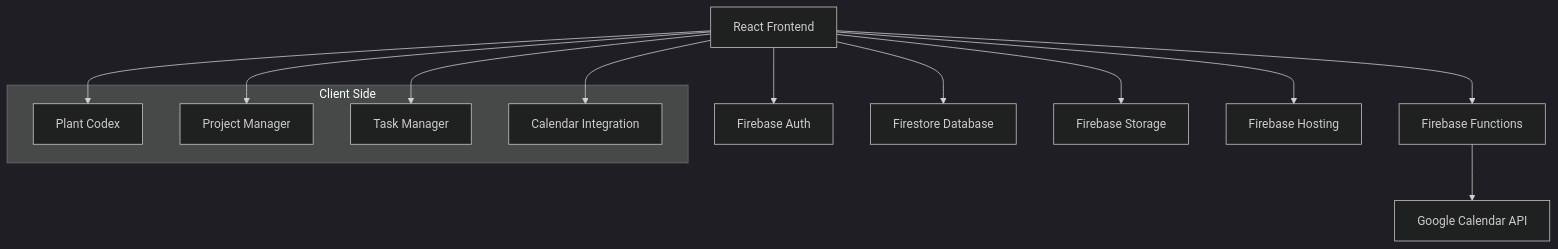
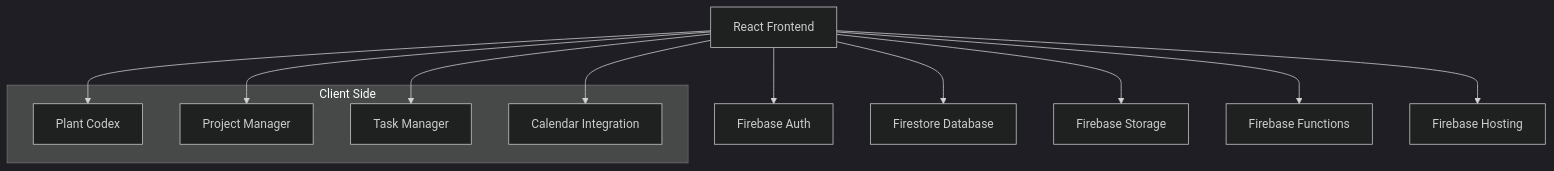
One commit to malloc9/project-b changed the diagram in .kiro/specs/household-management/design.md. Above: the diagram before and after it, drawn with Mermaid (dark theme). The commit also changed other lines of this file and 72 other files, not shown here.

````diff
--- a/.kiro/specs/household-management/design.md
+++ b/.kiro/specs/household-management/design.md
@@ -11,21 +11,20 @@
 ```mermaid
 graph TB
     A[React Frontend] --> B[Firebase Auth]
     A --> C[Firestore Database]
     A --> D[Firebase Storage]
     A --> E[Firebase Functions]
-    E --> F[Google Calendar API]
     A --> G[Firebase Hosting]
     
     subgraph "Client Side"
         H[Plant Codex]
         I[Project Manager]
         J[Task Manager]
         K[Calendar Integration]
     end
     
     A --> H
     A --> I
     A --> J
     A --> K
 ```
````
